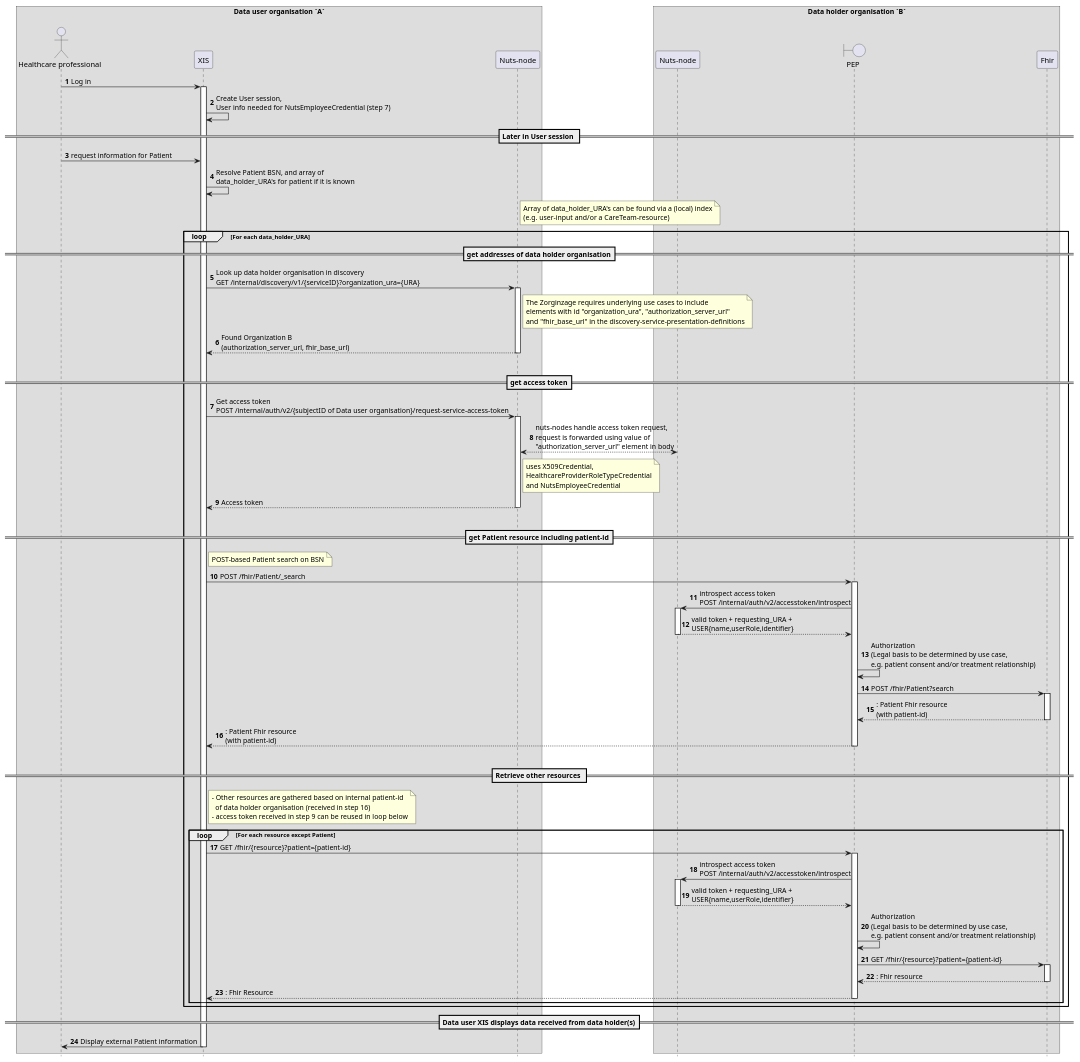
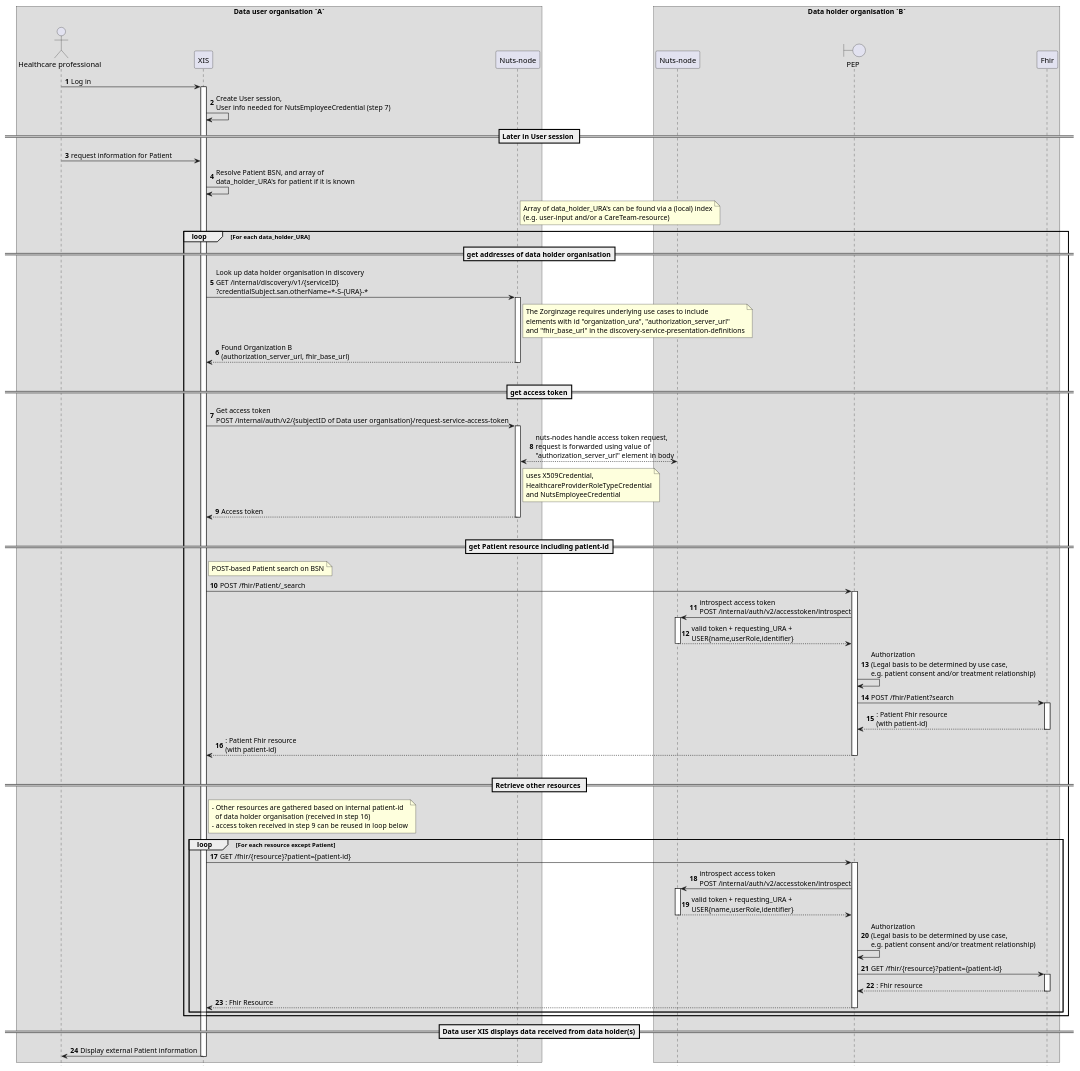
One commit to nuts-foundation/nl-zorginzage-ig changed the diagram in input/images-source/sequence-diagram-pull.plantuml. Above: the diagram before and after it, drawn with PlantUML. The commit also changed 1 other file, not shown here.

Commit message:
Zoekvraag Discovery Service met JSON-pad naar URA in X509Credential

```diff
--- a/input/images-source/sequence-diagram-pull.plantuml
+++ b/input/images-source/sequence-diagram-pull.plantuml
@@ -1,79 +1,79 @@
 @startuml
 hide footbox
 autonumber
 skinparam BoxPadding 20
 
 box Data user organisation `A`\n
 actor "Healthcare professional" as User
 participant XIS as req
 participant "Nuts-node" as rn
 end box
 
 
 box Data holder organisation `B`\n
 participant "Nuts-node" as cn
 boundary PEP
 participant Fhir
 end box
 User -> req++ : Log in
 req -> req : Create User session, \nUser info needed for NutsEmployeeCredential (step 7)
 
 == Later in User session ==
 
 User -> req: request information for Patient
     req -> req: Resolve Patient BSN, and array of\ndata_holder_URA's for patient if it is known
     note right of rn: Array of data_holder_URA's can be found via a (local) index\n(e.g. user-input and/or a CareTeam-resource)
 
     loop For each data_holder_URA
 
         ==get addresses of data holder organisation==
 
-        req -> rn++: Look up data holder organisation in discovery \nGET /internal/discovery/v1/{serviceID}?organization_ura={URA}
+        req -> rn++: Look up data holder organisation in discovery \nGET /internal/discovery/v1/{serviceID}\n?credentialSubject.san.otherName=*-S-{URA}-*
             note right of rn: The Zorginzage requires underlying use cases to include\nelements with id "organization_ura", "authorization_server_url"\nand "fhir_base_url" in the discovery-service-presentation-definitions
             rn --> req --: Found Organization B\n(authorization_server_url, fhir_base_url)
         |||
 
         ==get access token==
 
         req -> rn++: Get access token \nPOST /internal/auth/v2/{subjectID of Data user organisation}/request-service-access-token
             rn <--> cn : nuts-nodes handle access token request,\nrequest is forwarded using value of\n"authorization_server_url" element in body
             note right of rn : uses X509Credential,\nHealthcareProviderRoleTypeCredential\nand NutsEmployeeCredential
             rn --> req-- : Access token
         |||
 
         ==get Patient resource including patient-id==
 
         note right of req: POST-based Patient search on BSN
         req -> PEP++: POST /fhir/Patient/_search
         PEP -> cn++ : introspect access token\nPOST /internal/auth/v2/accesstoken/introspect
         PEP <-- cn-- : valid token + requesting_URA +\nUSER{name,userRole,identifier}
         PEP -> PEP: Authorization\n(Legal basis to be determined by use case,\ne.g. patient consent and/or treatment relationship)
         PEP -> Fhir++: POST /fhir/Patient?search
         return: Patient Fhir resource\n(with patient-id)
         return: Patient Fhir resource\n(with patient-id)
 
         |||
         == Retrieve other resources ==
 
         note right of req
         - Other resources are gathered based on internal patient-id
           of data holder organisation (received in step 16)
         - access token received in step 9 can be reused in loop below
         end note
         loop For each resource except Patient
             req -> PEP++: GET /fhir/{resource}?patient={patient-id}
                 PEP -> cn++ : introspect access token\nPOST /internal/auth/v2/accesstoken/introspect
                     PEP <-- cn-- : valid token + requesting_URA +\nUSER{name,userRole,identifier}
                 PEP -> PEP: Authorization\n(Legal basis to be determined by use case,\ne.g. patient consent and/or treatment relationship)
                 PEP -> Fhir++: GET /fhir/{resource}?patient={patient-id}
                 return: Fhir resource
                 return: Fhir Resource
         end loop
 
     end loop
 
     ==Data user XIS displays data received from data holder(s)==
 
     User <- req --: Display external Patient information
 
 @enduml
```
